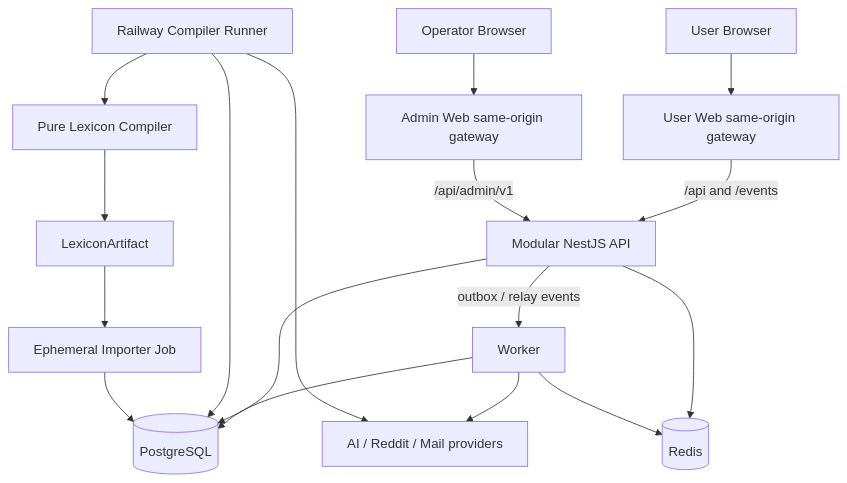
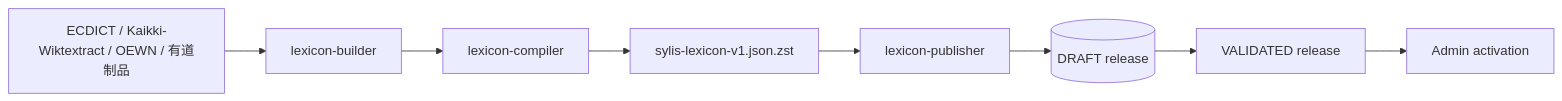
One commit to yinmingdi/sylis changed the second of 2 diagrams in docs/overview/refactor/architecture/system.md. Above: the diagram before and after it, drawn with Mermaid. The commit also changed other lines of this file and 1856 other files, not shown here.

Commit message:
refactor: rebuild Sylis platform architecture

````diff
--- a/docs/overview/refactor/architecture/system.md
+++ b/docs/overview/refactor/architecture/system.md
@@ -118,19 +119,13 @@
 ```mermaid
-flowchart TB
-  U[User Browser] --> GW[User Web same-origin gateway]
-  O[Operator Browser] --> AW[Admin Web same-origin gateway]
-  GW -->|/api and /events| API[Modular NestJS API]
-  AW -->|/api/admin/v1| API
-  API --> DB[(PostgreSQL)]
-  API --> R[(Redis)]
-  API -->|outbox / relay events| W[Worker]
-  W --> R
-  W --> DB
-  W --> P[AI / Reddit / Mail providers]
-  CR[Railway Compiler Runner] --> C[Pure Lexicon Compiler]
-  CR --> P
-  CR --> DB
-  C --> A[LexiconArtifact]
-  A --> I[Ephemeral Importer Job]
-  I --> DB
+flowchart LR
+  S[ECDICT / Kaikki-Wiktextract / OEWN / 有道制品]
+  B[lexicon-builder]
+  C[lexicon-compiler]
+  J[sylis-lexicon-v1.json.zst]
+  P[lexicon-publisher]
+  D[(DRAFT release)]
+  V[VALIDATED release]
+  A[Admin activation]
+
+  S --> B --> C --> J --> P --> D --> V --> A
 ```
````
